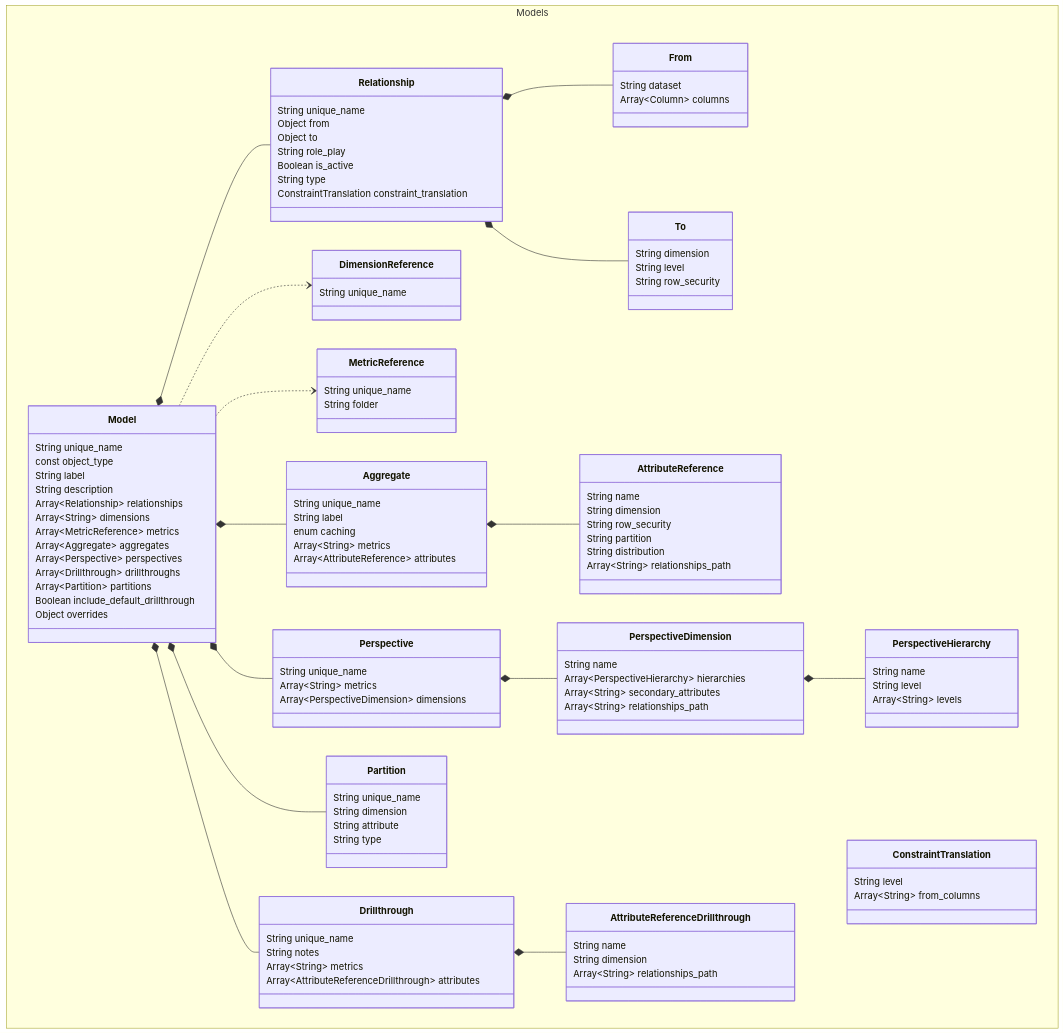
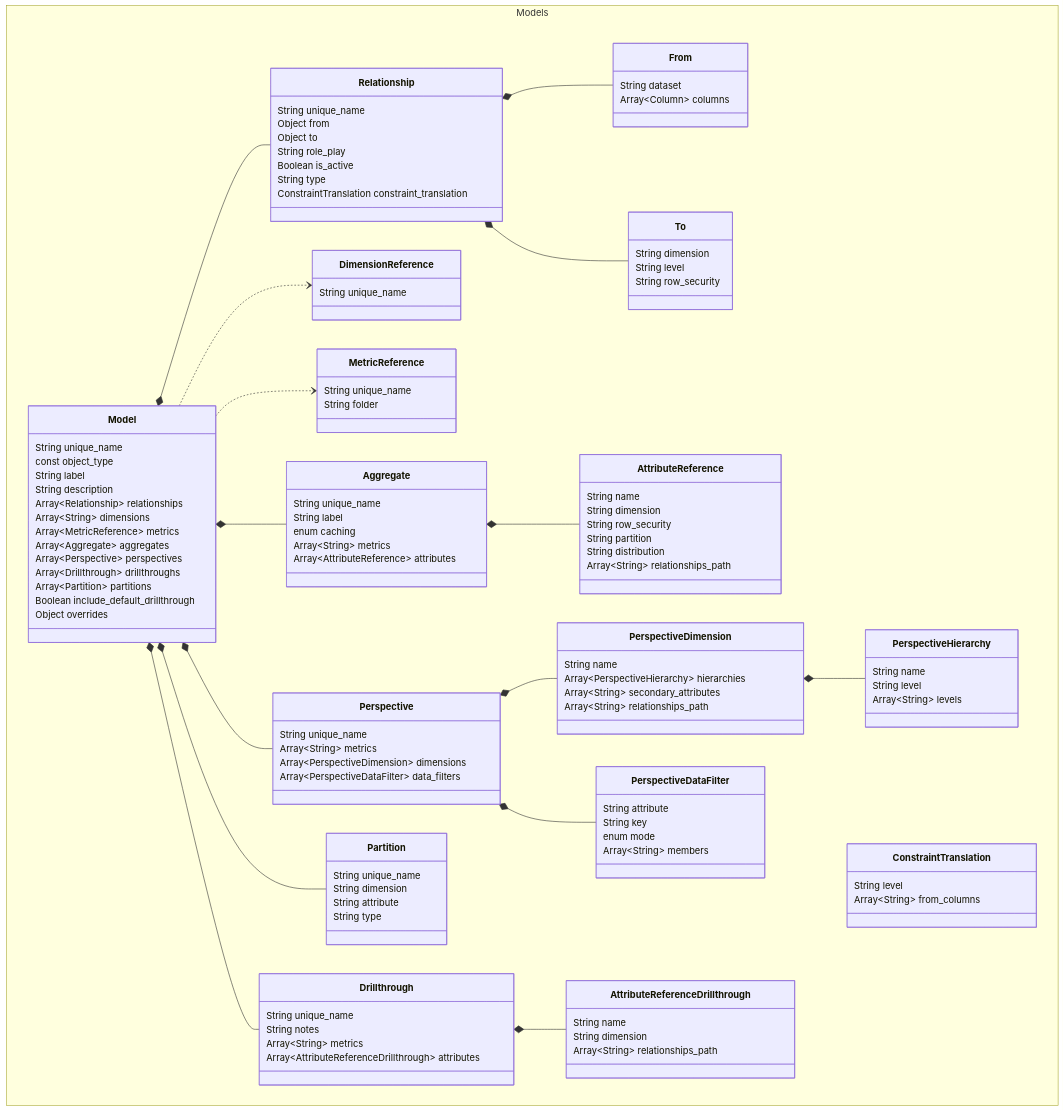
One commit to semanticdatalayer/SML changed the diagram in sml-reference/model.md. Above: the diagram before and after it, drawn with Mermaid. The commit also changed other lines of this file, not shown here.

Commit message:
docs: [v1.10][ATSCALE-56586] add data_filters to model perspectives

````diff
--- a/sml-reference/model.md
+++ b/sml-reference/model.md
@@ -189,6 +189,7 @@
     Aggregate *-- AttributeReference
     Perspective *-- PerspectiveDimension
     PerspectiveDimension *-- PerspectiveHierarchy
+    Perspective *-- PerspectiveDataFilter
     Drillthrough *-- AttributeReferenceDrillthrough
 namespace Models{
     class Model{
@@ -264,6 +265,7 @@
       String unique_name
       Array~String~ metrics
       Array~PerspectiveDimension~ dimensions
+      Array~PerspectiveDataFilter~ data_filters
     }
     class MetricReference{
       String unique_name
@@ -283,5 +285,11 @@
       String level
       Array~String~ levels
     }
+    class PerspectiveDataFilter{
+      String attribute
+      String key
+      enum mode
+      Array~String~ members
+    }
 }
 ```
````
